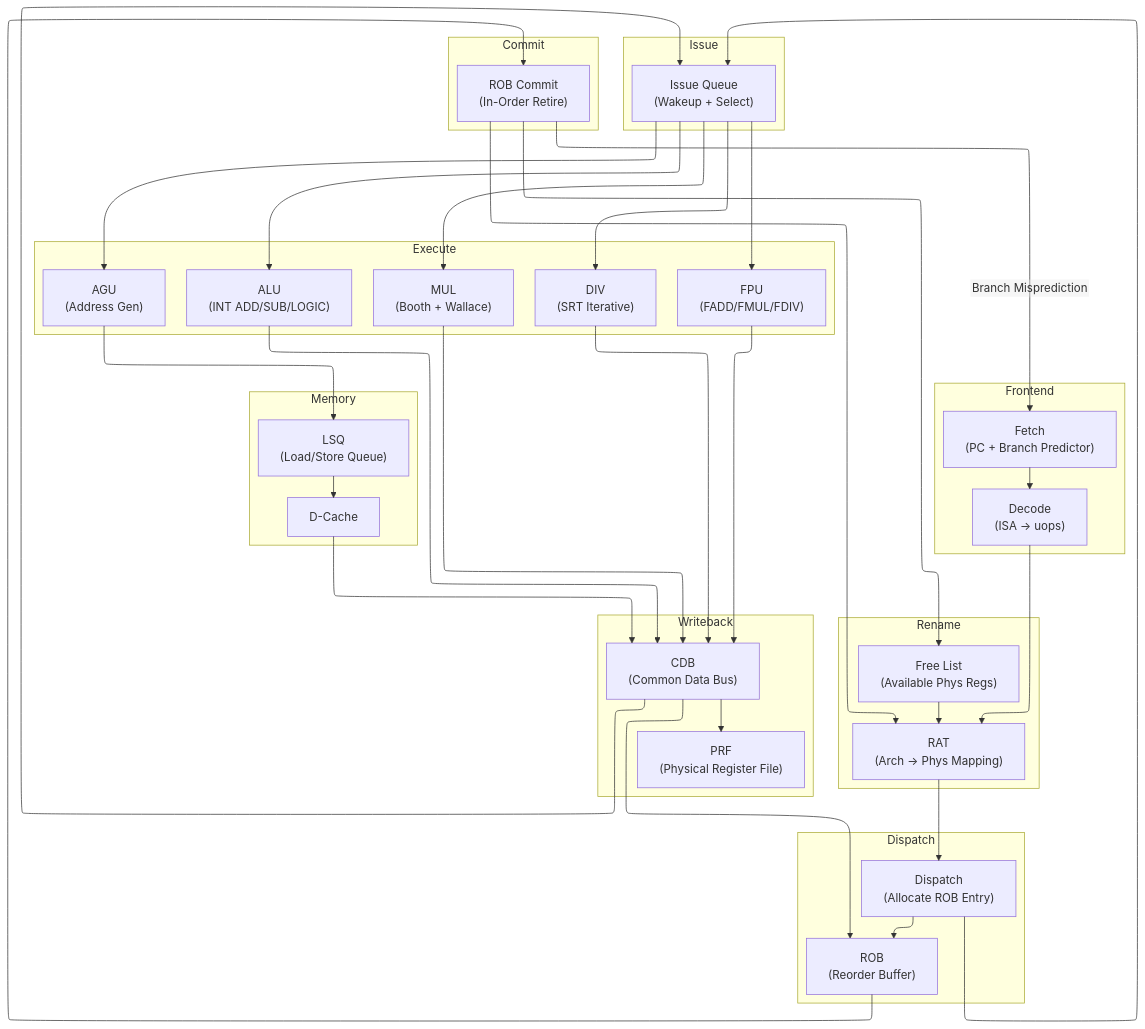
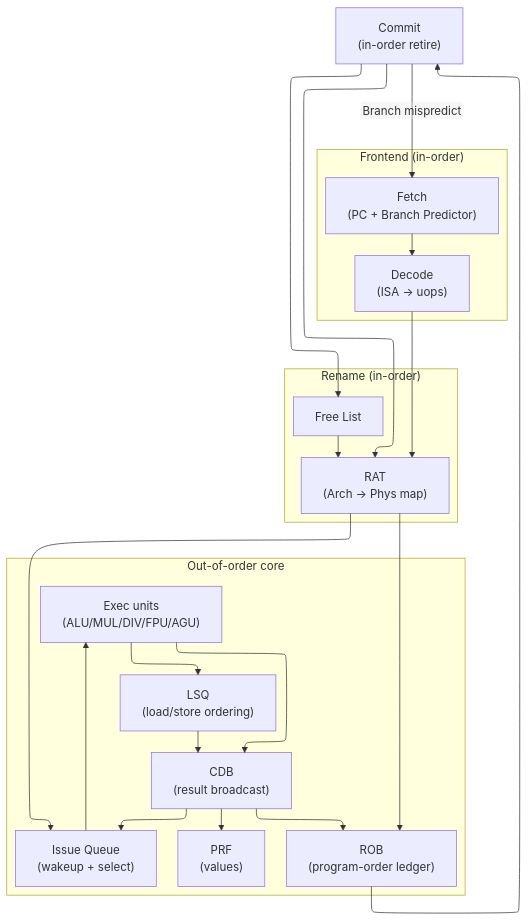
The first of 2 diagrams in 01_Architecture_and_PPA/05_OoO_Execution.md (Wty2003328/silicon-design-notebook), drawn with Mermaid before and after one commit. The commit also changed other lines of this file and 26 other files, not shown here.

Commit message:
Concept-first hard rework checkpoint: Architecture, Fundamentals, Power folders complete (~25 pages reworked)

````diff
--- a/01_Architecture_and_PPA/05_OoO_Execution.md
+++ b/01_Architecture_and_PPA/05_OoO_Execution.md
@@ -20,70 +36,37 @@
 ```mermaid
 %%{init: {"flowchart": {"defaultRenderer": "elk", "nodeSpacing": 60, "rankSpacing": 60, "htmlLabels": false}}}%%
 flowchart TD
-    subgraph Frontend["Frontend"]
+    subgraph Frontend["Frontend (in-order)"]
         FETCH["Fetch\n(PC + Branch Predictor)"]
         DECODE["Decode\n(ISA -> uops)"]
     end
+    subgraph Rename["Rename (in-order)"]
+        RAT["RAT\n(Arch -> Phys map)"]
+        FREELIST["Free List"]
+    end
+    subgraph OoO["Out-of-order core"]
+        ROB["ROB\n(program-order ledger)"]
+        IQ["Issue Queue\n(wakeup + select)"]
+        PRF["PRF\n(values)"]
+        EXEC["Exec units\n(ALU/MUL/DIV/FPU/AGU)"]
+        LSQ["LSQ\n(load/store ordering)"]
+        CDB["CDB\n(result broadcast)"]
+    end
+    COMMIT["Commit\n(in-order retire)"]
 
-    subgraph RenameStage["Rename"]
-        RAT["RAT\n(Arch -> Phys Mapping)"]
-        FREELIST["Free List\n(Available Phys Regs)"]
-    end
-
-    subgraph DispatchStage["Dispatch"]
-        ROB["ROB\n(Reorder Buffer)"]
-        DISPATCH["Dispatch\n(Allocate ROB Entry)"]
-    end
-
-    subgraph IssueStage["Issue"]
-        IQ["Issue Queue\n(Wakeup + Select)"]
-    end
-
-    subgraph ExecuteStage["Execute"]
-        ALU["ALU\n(INT ADD/SUB/LOGIC)"]
-        MUL["MUL\n(Booth + Wallace)"]
-        DIV["DIV\n(SRT Iterative)"]
-        FPU["FPU\n(FADD/FMUL/FDIV)"]
-        AGU["AGU\n(Address Gen)"]
-    end
-
-    subgraph MemoryStage["Memory"]
-        LSQ["LSQ\n(Load/Store Queue)"]
-        DCACHE["D-Cache"]
-    end
-
-    subgraph WritebackStage["Writeback"]
-        CDB["CDB\n(Common Data Bus)"]
-        PRF["PRF\n(Physical Register File)"]
-    end
-
-    subgraph CommitStage["Commit"]
-        COMMIT["ROB Commit\n(In-Order Retire)"]
-    end
-
-    FETCH --> DECODE
-    DECODE --> RAT
-    RAT --> DISPATCH
+    FETCH --> DECODE --> RAT
     FREELIST --> RAT
-    DISPATCH --> ROB
-    DISPATCH --> IQ
-    IQ --> ALU
-    IQ --> MUL
-    IQ --> DIV
-    IQ --> FPU
-    IQ --> AGU
-    AGU --> LSQ
-    LSQ --> DCACHE
-    ALU --> CDB
-    MUL --> CDB
-    DIV --> CDB
-    FPU --> CDB
-    DCACHE --> CDB
+    RAT --> ROB
+    RAT --> IQ
+    IQ --> EXEC
+    EXEC --> LSQ
+    EXEC --> CDB
+    LSQ --> CDB
     CDB --> PRF
     CDB --> IQ
     CDB --> ROB
     ROB --> COMMIT
     COMMIT --> RAT
     COMMIT --> FREELIST
-    COMMIT -->|Branch Misprediction| FETCH
+    COMMIT -->|Branch mispredict| FETCH
 ```
````
